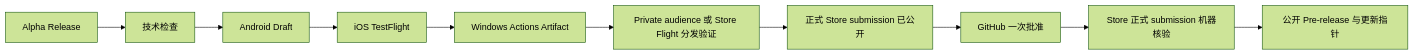
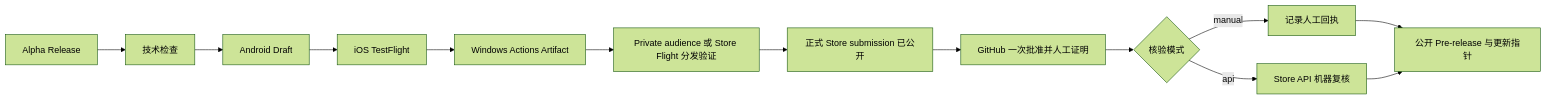
The diagram in docs/project/GitHub_版本发布流程.md (zhangheng2022/meet_trace), drawn with Mermaid (forest theme) before and after one commit. The commit also changed other lines of this file and 9 other files, not shown here.

````diff
--- a/docs/project/GitHub_版本发布流程.md
+++ b/docs/project/GitHub_版本发布流程.md
@@ -20,12 +20,15 @@
 ```mermaid
 flowchart LR
   A[Alpha Release] --> B[技术检查]
   B --> C[Android Draft]
   C --> D[iOS TestFlight]
   D --> E[Windows Actions Artifact]
   E --> F[Private audience 或 Store Flight 分发验证]
   F --> G[正式 Store submission 已公开]
-  G --> H[GitHub 一次批准]
-  H --> I[Store 正式 submission 机器核验]
-  I --> J[公开 Pre-release 与更新指针]
+  G --> H[GitHub 一次批准并人工证明]
+  H --> I{核验模式}
+  I -->|manual| J[记录人工回执]
+  I -->|api| K[Store API 机器复核]
+  J --> L[公开 Pre-release 与更新指针]
+  K --> L
 ```
````
